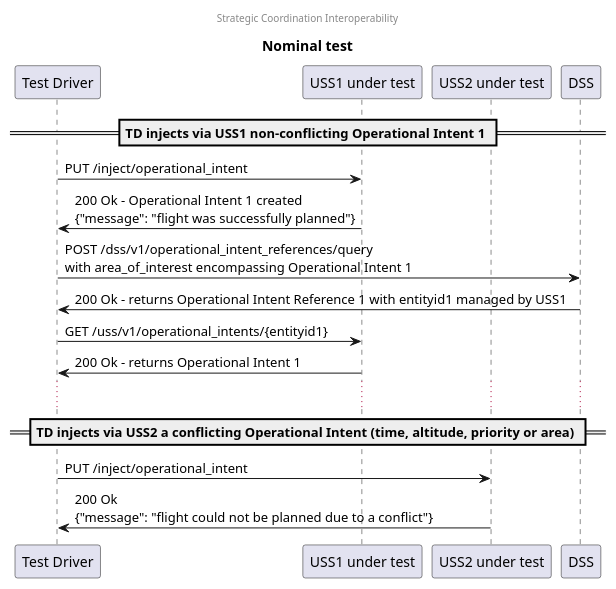
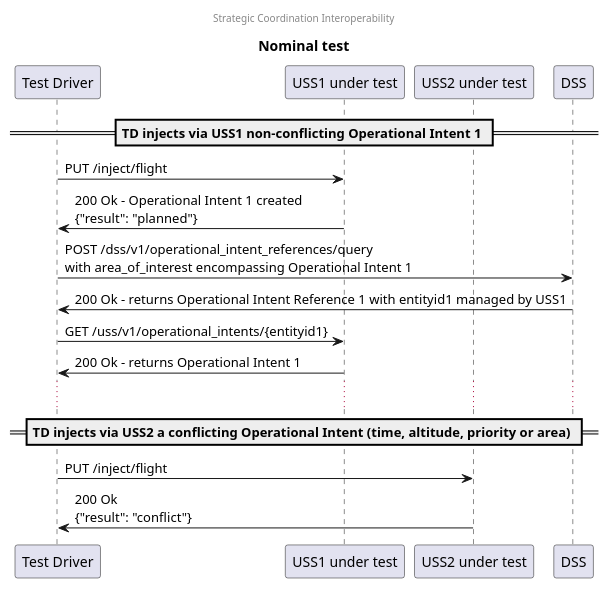
The diagram in interfaces/automated-testing/scd/design/strategic-coordination-interoperability/nominal-test.plantuml (interuss/dss), drawn with PlantUML before and after one commit. The commit also changed 3 other files, not shown here.

```diff
--- a/interfaces/automated-testing/scd/design/strategic-coordination-interoperability/nominal-test.plantuml
+++ b/interfaces/automated-testing/scd/design/strategic-coordination-interoperability/nominal-test.plantuml
@@ -1,28 +1,28 @@
 @startuml
 center header Strategic Coordination Interoperability
 title Nominal test
 
 participant "Test Driver" as TD
 participant "USS1 under test" as USS1
 participant "USS2 under test" as USS2
 participant "DSS"
 
 == TD injects via USS1 non-conflicting Operational Intent 1 ==
 
-TD -> USS1: PUT /inject/operational_intent
-TD <- USS1: 200 Ok - Operational Intent 1 created\n{"message": "flight was successfully planned"}
+TD -> USS1: PUT /inject/flight
+TD <- USS1: 200 Ok - Operational Intent 1 created\n{"result": "planned"}
 
 TD -> DSS: POST /dss/v1/operational_intent_references/query\nwith area_of_interest encompassing Operational Intent 1
 TD <- DSS: 200 Ok - returns Operational Intent Reference 1 with entityid1 managed by USS1
 
 TD -> USS1: GET /uss/v1/operational_intents/{entityid1}
 TD <- USS1: 200 Ok - returns Operational Intent 1
 
 ...
 
 == TD injects via USS2 a conflicting Operational Intent (time, altitude, priority or area) ==
 
-TD -> USS2: PUT /inject/operational_intent
-TD <- USS2: 200 Ok\n{"message": "flight could not be planned due to a conflict"}
+TD -> USS2: PUT /inject/flight
+TD <- USS2: 200 Ok\n{"result": "conflict"}
 
 @enduml
```
